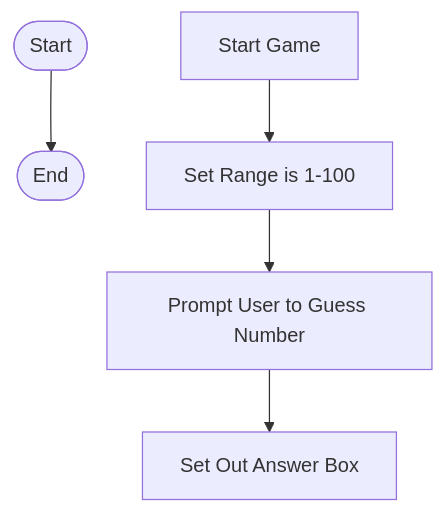
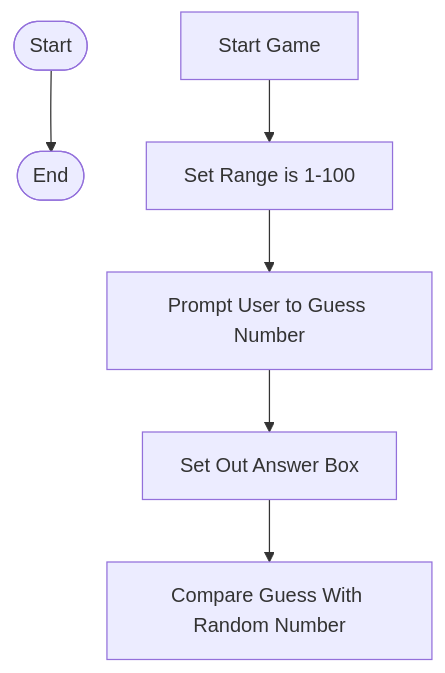
One commit to tanvirvirdi/tanvirvirdi.github.io changed the diagram in Guessing.md. Above: the diagram before and after it, drawn with Mermaid.

````diff
--- a/Guessing.md
+++ b/Guessing.md
@@ -1,7 +1,8 @@
 ```mermaid
 flowchart TD
     Start([Start])--> End([End])
     A[Start Game] --> B[Set Range is 1-100];
     B--> C[Prompt User to Guess Number];
     C--> D[Set Out Answer Box];
+    D--> E[Compare Guess With Random Number]
 ```
````
